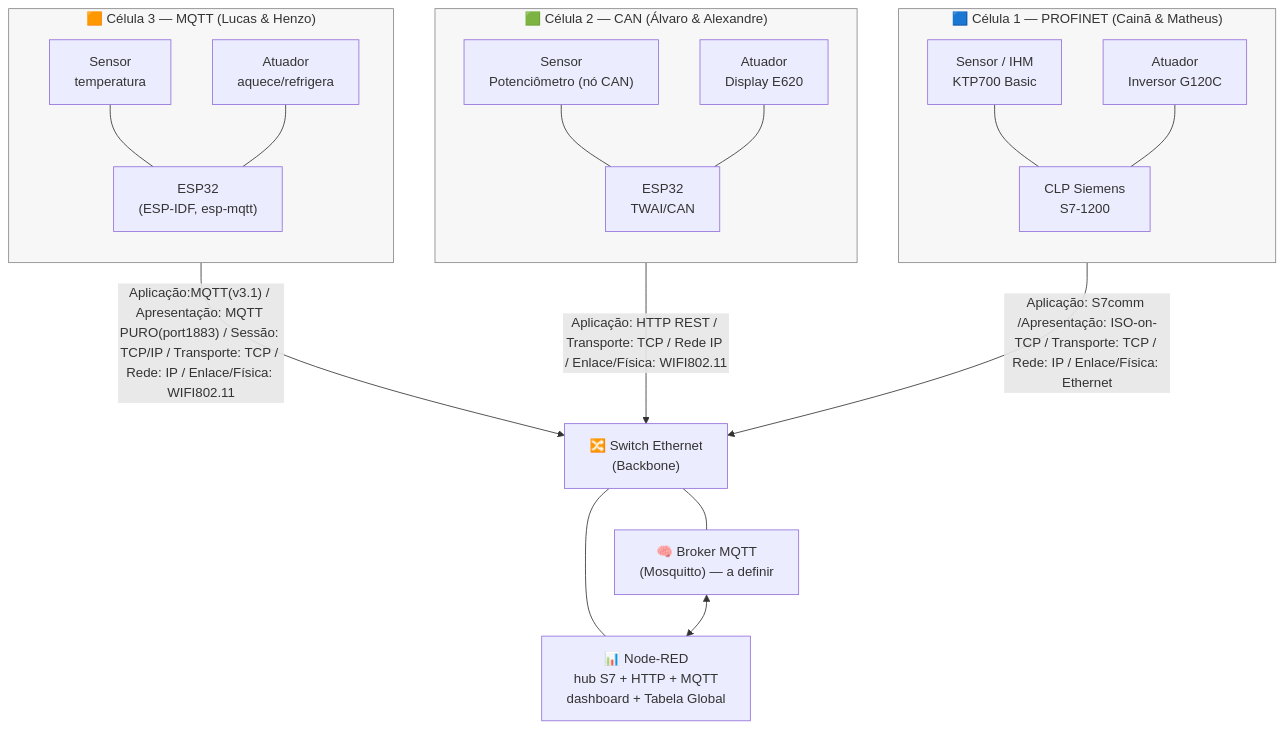
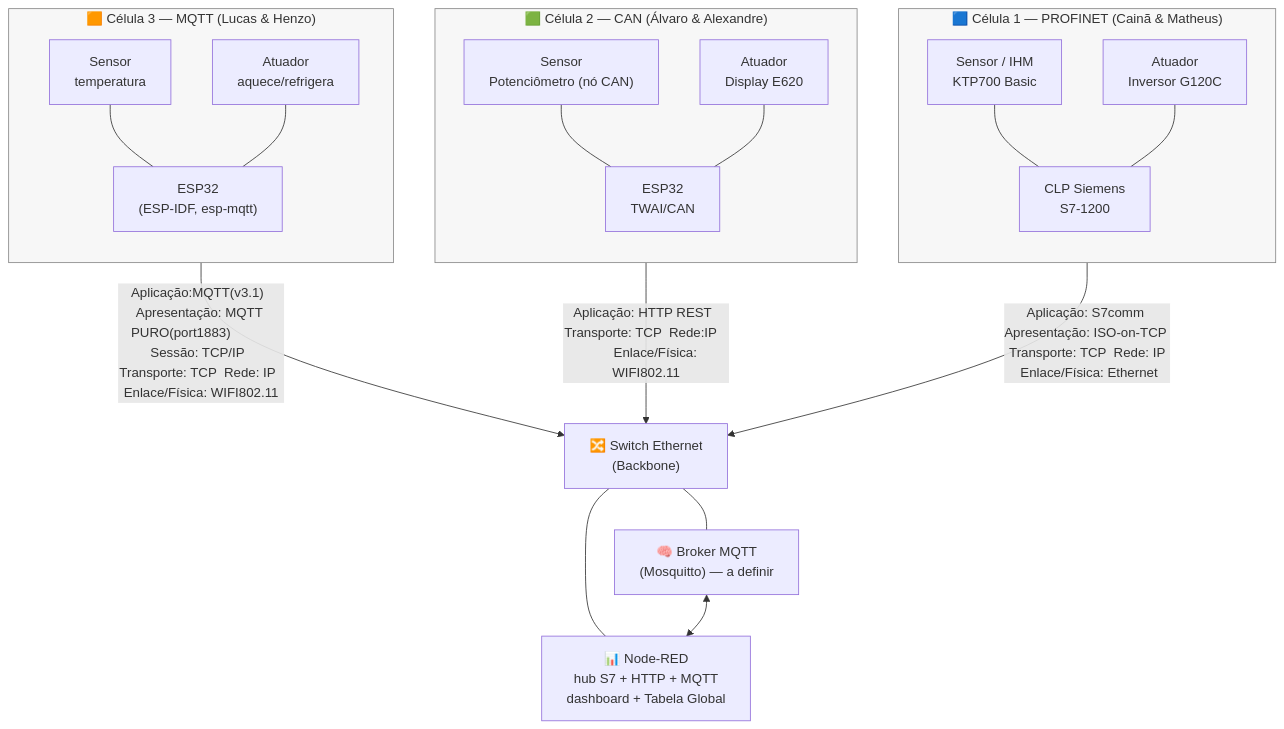
Before and after one commit to Scheeffer/Projeto_Comunicacao_de_Dados: the diagram in README.md, drawn with Mermaid.

Commit message:
Refactor application descriptions in README
Removed unnecessary slashes and improved formatting for clarity.

````diff
--- a/README.md
+++ b/README.md
@@ -64,34 +64,34 @@
 ```mermaid
 flowchart TB
     subgraph CELULA1["🟦 Célula 1 — PROFINET (Cainã & Matheus)"]
         direction TB
         S1["Sensor / IHM<br/>KTP700 Basic"] --- PLC["CLP Siemens<br/>S7-1200"]
         A1["Atuador<br/>Inversor G120C"] --- PLC
     end
 
     subgraph CELULA2["🟩 Célula 2 — CAN (Álvaro & Alexandre)"]
         direction TB
         S2["Sensor<br/>Potenciômetro (nó CAN)"] --- ESP2["ESP32<br/>TWAI/CAN"]
         A2["Atuador<br/>Display E620"] --- ESP2
     end
 
     subgraph CELULA3["🟧 Célula 3 — MQTT (Lucas & Henzo)"]
         direction TB
         S3["Sensor<br/>temperatura"] --- ESP3["ESP32<br/>(ESP-IDF, esp-mqtt)"]
         A3["Atuador<br/>aquece/refrigera"] --- ESP3
     end
 
     SW["🔀 Switch Ethernet<br/>(Backbone)"]
     NR["📊 Node-RED<br/>hub S7 + HTTP + MQTT<br/>dashboard + Tabela Global"]
     BROKER["🧠 Broker MQTT<br/>(Mosquitto) — a definir"]
 
-    PLC -- "Aplicação: S7comm /Apresentação: ISO-on-TCP / Transporte: TCP / Rede: IP / Enlace/Física: Ethernet" --> SW
-    ESP2 -- "Aplicação: HTTP REST / Transporte: TCP / Rede IP / Enlace/Física: WIFI802.11" --> SW
-    ESP3 -- "Aplicação:MQTT(v3.1) / Apresentação: MQTT PURO(port1883) / Sessão: TCP/IP / Transporte: TCP / Rede: IP / Enlace/Física: WIFI802.11" --> SW
+    PLC -- "Aplicação: S7comm Apresentação: ISO-on-TCP  Transporte: TCP  Rede: IP  Enlace/Física: Ethernet" --> SW
+    ESP2 -- "Aplicação: HTTP REST  Transporte: TCP  Rede:IP         Enlace/Física: WIFI802.11" --> SW
+    ESP3 -- "Aplicação:MQTT(v3.1)  Apresentação: MQTT PURO(port1883)           Sessão: TCP/IP  Transporte: TCP  Rede: IP  Enlace/Física: WIFI802.11" --> SW
     SW --- NR
     SW --- BROKER
     BROKER <--> NR
 
     classDef cell fill:#f7f7f7,stroke:#888,stroke-width:1px;
     class CELULA1,CELULA2,CELULA3 cell;
 ```
````
